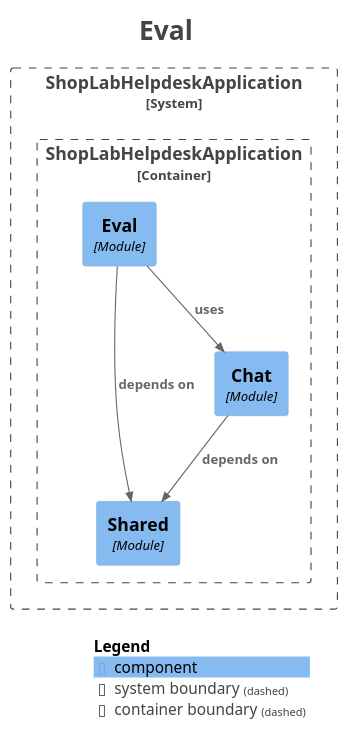
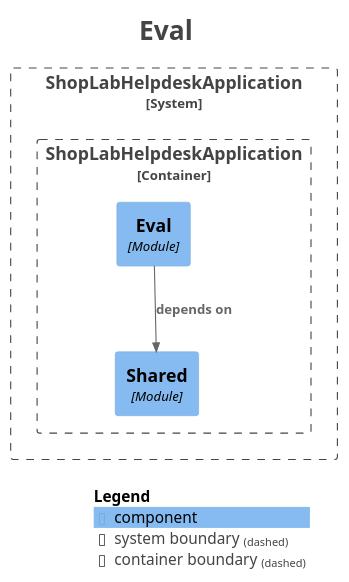
Before and after one commit to leandroAmariles/shoplab-helpdesk: the diagram in docs/modulos/module-eval.puml, drawn with PlantUML. The commit also changed 335 other files, not shown here.

Commit message:
refactor(backend): [LAB-59] remove chat, orders, catalog, and tickets modules from monolith (#192)

```diff
--- a/docs/modulos/module-eval.puml
+++ b/docs/modulos/module-eval.puml
@@ -1,33 +1,30 @@
 @startuml
 title <size:24>Eval</size>
 
 set separator none
 top to bottom direction
 
 <style>
   root {
     BackgroundColor: #ffffff
     FontColor: #444444
   }
 </style>
 
 !include <C4/C4>
 !include <C4/C4_Context>
 !include <C4/C4_Component>
 
 System_Boundary("ShopLabHelpdeskApplication_boundary", "ShopLabHelpdeskApplication", $tags="") {
   Container_Boundary("ShopLabHelpdeskApplication.ShopLabHelpdeskApplication_boundary", "ShopLabHelpdeskApplication", $tags="") {
     Component(ShopLabHelpdeskApplication.ShopLabHelpdeskApplication.Shared, "Shared", $techn="Module", $descr="", $tags="", $link="")
-    Component(ShopLabHelpdeskApplication.ShopLabHelpdeskApplication.Chat, "Chat", $techn="Module", $descr="", $tags="", $link="")
     Component(ShopLabHelpdeskApplication.ShopLabHelpdeskApplication.Eval, "Eval", $techn="Module", $descr="", $tags="", $link="")
   }
 
 }
 
-Rel(ShopLabHelpdeskApplication.ShopLabHelpdeskApplication.Chat, ShopLabHelpdeskApplication.ShopLabHelpdeskApplication.Shared, "depends on", $techn="", $tags="", $link="")
-Rel(ShopLabHelpdeskApplication.ShopLabHelpdeskApplication.Eval, ShopLabHelpdeskApplication.ShopLabHelpdeskApplication.Chat, "uses", $techn="", $tags="", $link="")
 Rel(ShopLabHelpdeskApplication.ShopLabHelpdeskApplication.Eval, ShopLabHelpdeskApplication.ShopLabHelpdeskApplication.Shared, "depends on", $techn="", $tags="", $link="")
 
 SHOW_LEGEND(true)
 hide stereotypes
 @enduml
```
